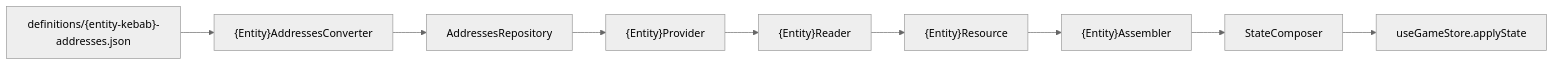
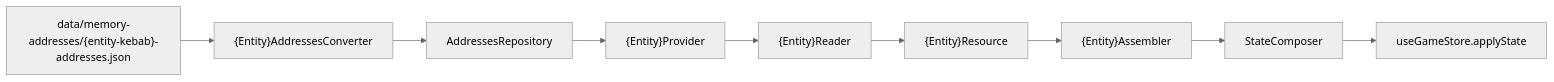
One commit to RubenTeles/digivice changed the diagram in .cursor/skills/memory-entity-integration/SKILL.md. Above: the diagram before and after it, drawn with Mermaid (neutral theme). The commit also changed other lines of this file and 112 other files, not shown here.

````diff
--- a/.cursor/skills/memory-entity-integration/SKILL.md
+++ b/.cursor/skills/memory-entity-integration/SKILL.md
@@ -34,11 +34,11 @@
 ```mermaid
 graph LR
-    json["definitions/{entity-kebab}-addresses.json"] --> converter["{Entity}AddressesConverter"]
+    json["data/memory-addresses/{entity-kebab}-addresses.json"] --> converter["{Entity}AddressesConverter"]
     converter --> repo[AddressesRepository]
     repo --> provider["{Entity}Provider"]
     provider --> reader["{Entity}Reader"]
     reader --> resource["{Entity}Resource"]
     resource --> assembler["{Entity}Assembler"]
     assembler --> composer[StateComposer]
     composer --> store["useGameStore.applyState"]
 ```
````
